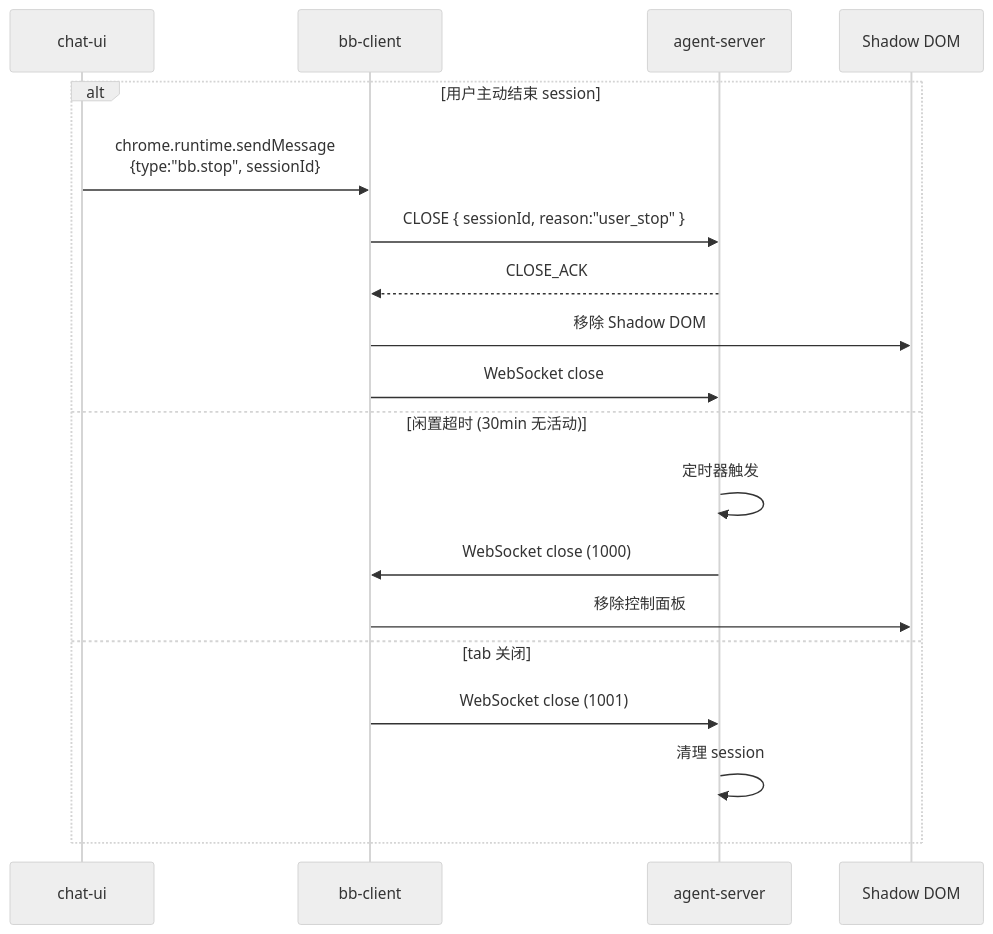
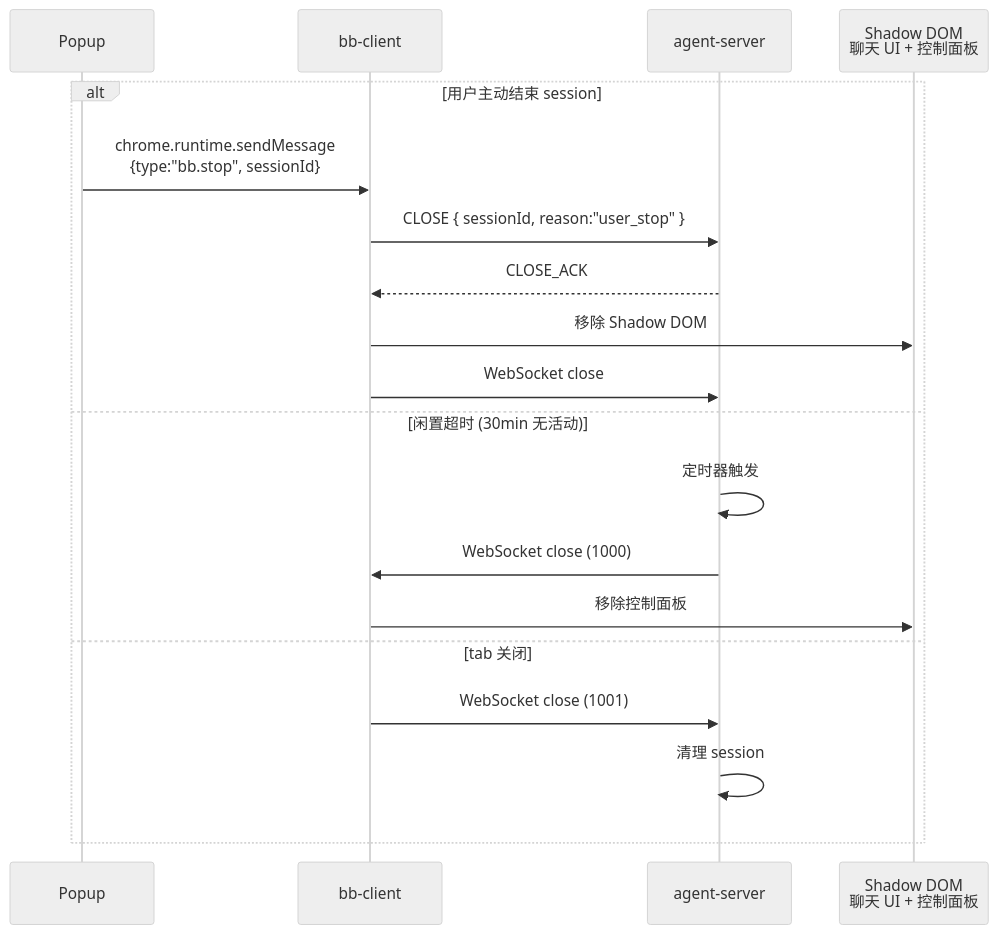
The third of 4 diagrams in neo/design/docs/technical/agent-steer/browser-bridge.md (zhaoxin34/matrix), drawn with Mermaid (neutral theme) before and after one commit. The commit also changed other lines of this file and 1 other file, not shown here.

````diff
--- a/neo/design/docs/technical/agent-steer/browser-bridge.md
+++ b/neo/design/docs/technical/agent-steer/browser-bridge.md
@@ -249,22 +248,22 @@
 ```mermaid
 sequenceDiagram
-    participant UI as chat-ui
+    participant Popup as Popup
     participant CS as bb-client
     participant SRV as agent-server
-    participant SD as Shadow DOM
+    participant SD as Shadow DOM<br/>聊天 UI + 控制面板
 
     alt 用户主动结束 session
-        UI->>CS: chrome.runtime.sendMessage<br/>{type:"bb.stop", sessionId}
+        Popup->>CS: chrome.runtime.sendMessage<br/>{type:"bb.stop", sessionId}
         CS->>SRV: CLOSE { sessionId, reason:"user_stop" }
         SRV-->>CS: CLOSE_ACK
         CS->>SD: 移除 Shadow DOM
         CS->>SRV: WebSocket close
     else 闲置超时 (30min 无活动)
         SRV->>SRV: 定时器触发
         SRV->>CS: WebSocket close (1000)
         CS->>SD: 移除控制面板
     else tab 关闭
         CS->>SRV: WebSocket close (1001)
         SRV->>SRV: 清理 session
     end
 ```
````
